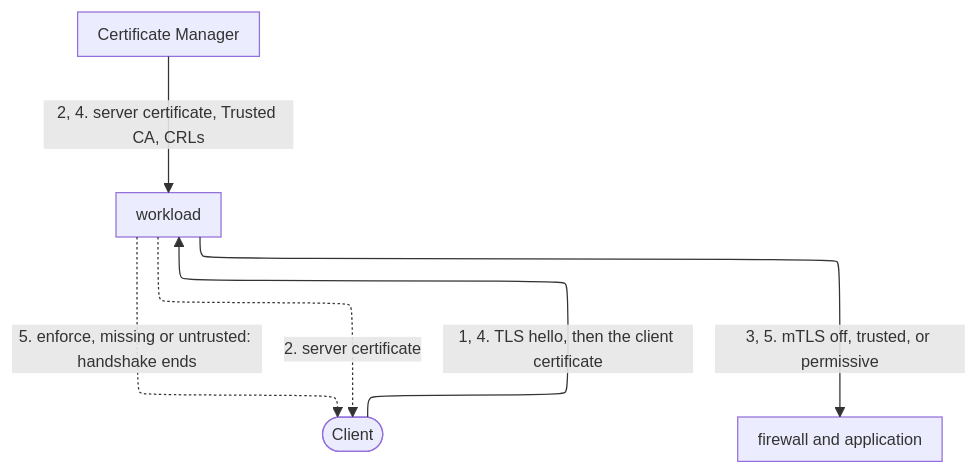
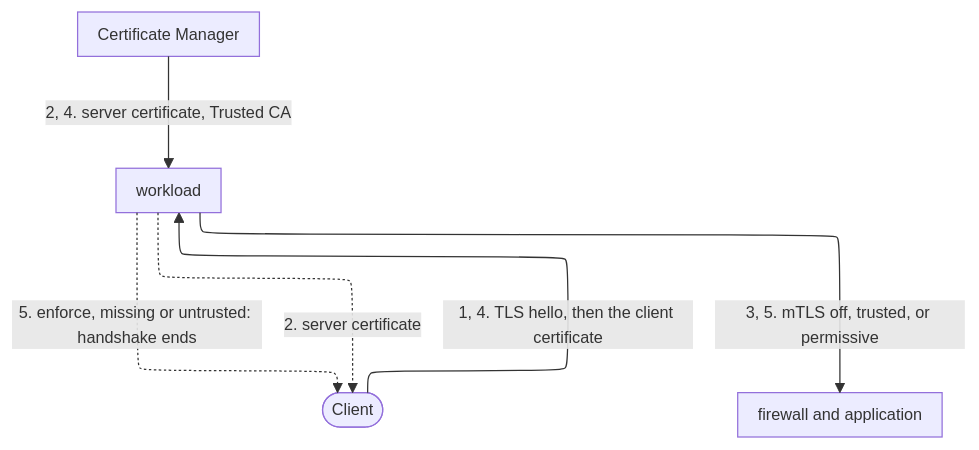
One commit to aziontech/docs changed the third of 5 diagrams in apps/docs/src/content/docs/en/pages/secure/workloads/how-it-works.mdx. Above: the diagram before and after it, drawn with Mermaid. The commit also changed 15 other files, not shown here.

````diff
--- a/apps/docs/src/content/docs/en/pages/secure/workloads/how-it-works.mdx
+++ b/apps/docs/src/content/docs/en/pages/secure/workloads/how-it-works.mdx
@@ -200,13 +200,13 @@
 ```mermaid
 %%{init: {"layout": "elk", "elk": {"cycleBreakingStrategy": "MODEL_ORDER"}, "themeVariables": {"fontSize": "13px"}, "flowchart": {"nodeSpacing": 24, "rankSpacing": 36, "padding": 8, "wrappingWidth": 150, "useMaxWidth": true}, "sequence": {"width": 120, "actorMargin": 30, "useMaxWidth": true}}}%%
 flowchart TD
   Client(["Client"])
   WL["workload"]
   CM["Certificate Manager"]
   FW["firewall and application"]
   Client -->|"1, 4. TLS hello, then the client certificate"| WL
-  CM -->|"2, 4. server certificate, Trusted CA, CRLs"| WL
+  CM -->|"2, 4. server certificate, Trusted CA"| WL
   WL -.->|"2. server certificate"| Client
   WL -.->|"5. enforce, missing or untrusted: handshake ends"| Client
   WL -->|"3, 5. mTLS off, trusted, or permissive"| FW
 ```
````
